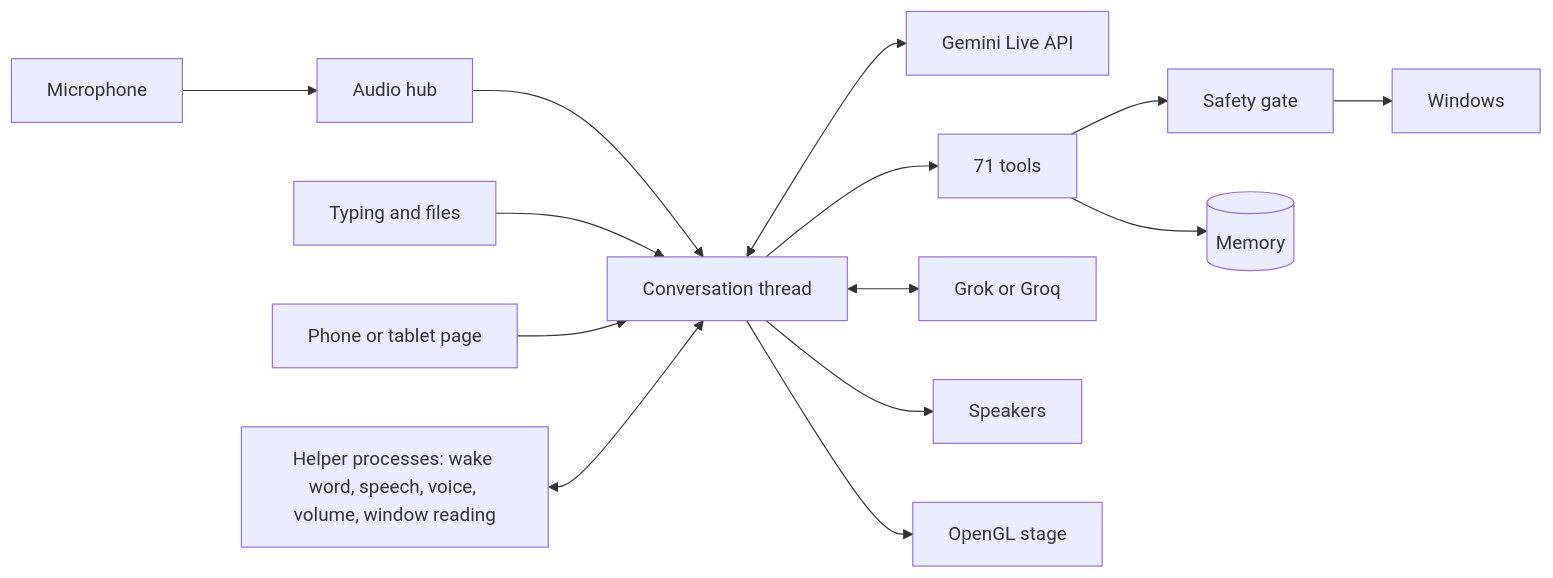
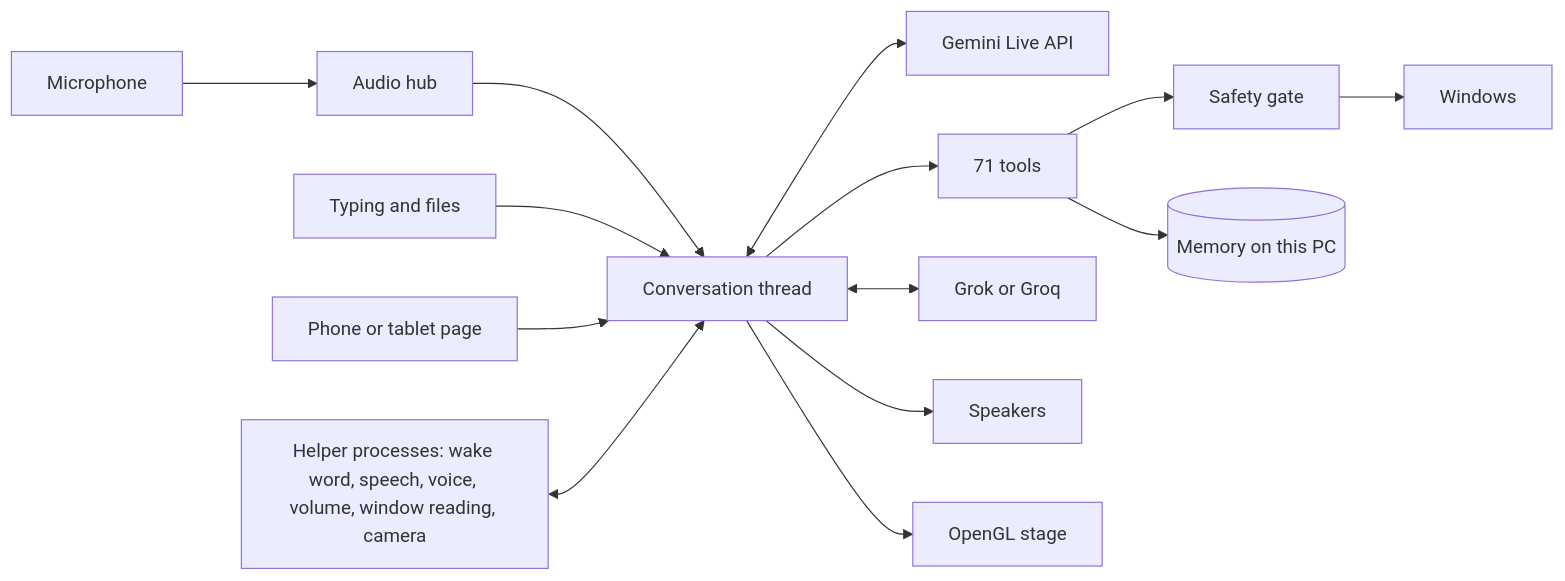
The second of 2 diagrams in README.md (SAMIJAVED217/ALPHA), drawn with Mermaid before and after one commit. The commit also changed other lines of this file and 2 other files, not shown here.

````diff
--- a/README.md
+++ b/README.md
@@ -214,16 +279,16 @@
 ```mermaid
 flowchart LR
     Mic[Microphone] --> Hub[Audio hub]
     Hub --> Talk[Conversation thread]
     Keys[Typing and files] --> Talk
     Talk <--> Gemini[Gemini Live API]
     Talk --> Tools[71 tools]
     Talk <--> Second[Grok or Groq]
     Phone[Phone or tablet page] --> Talk
     Tools --> Gate[Safety gate]
     Gate --> PC[Windows]
-    Tools --> Memory[(Memory)]
+    Tools --> Memory[(Memory on this PC)]
     Talk --> Speaker[Speakers]
     Talk --> Stage[OpenGL stage]
-    Helpers[Helper processes: wake word, speech, voice, volume, window reading] <--> Talk
+    Helpers[Helper processes: wake word, speech, voice, volume, window reading, camera] <--> Talk
 ```
````
